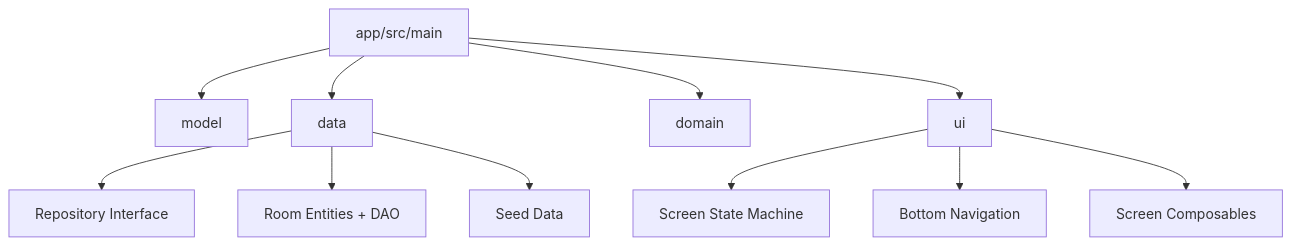
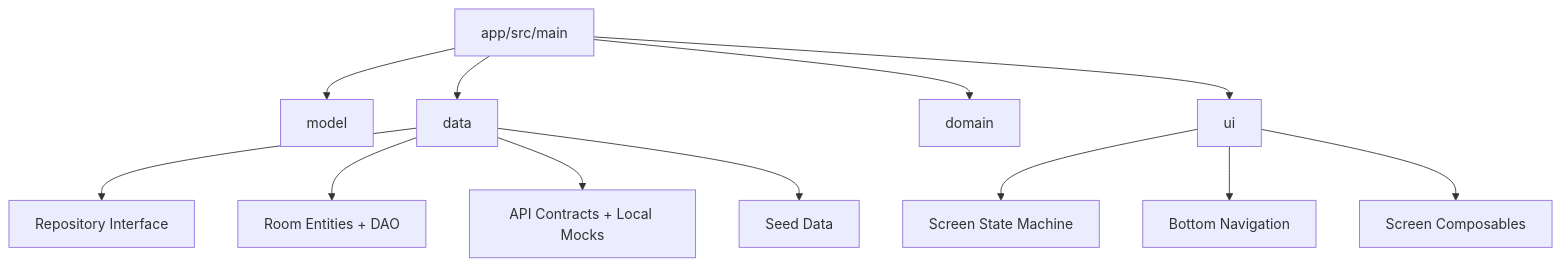
The second of 2 diagrams in docs/architecture.md (PearlThoughtsInternship/schedula-android-internship), drawn with Mermaid before and after one commit. The commit also changed other lines of this file and 3 other files, not shown here.

First line of the commit message:
docs: update architecture and data-flow references

````diff
--- a/docs/architecture.md
+++ b/docs/architecture.md
@@ -21,15 +30,16 @@
 ```mermaid
 flowchart TB
   A[app/src/main] --> M1[model]
   A --> M2[data]
   A --> M3[domain]
   A --> M4[ui]
 
   M4 --> S1[Screen State Machine]
   M4 --> S2[Bottom Navigation]
   M4 --> S3[Screen Composables]
 
   M2 --> R1[Repository Interface]
   M2 --> R2[Room Entities + DAO]
-  M2 --> R3[Seed Data]
+  M2 --> R3[API Contracts + Local Mocks]
+  M2 --> R4[Seed Data]
 ```
````
